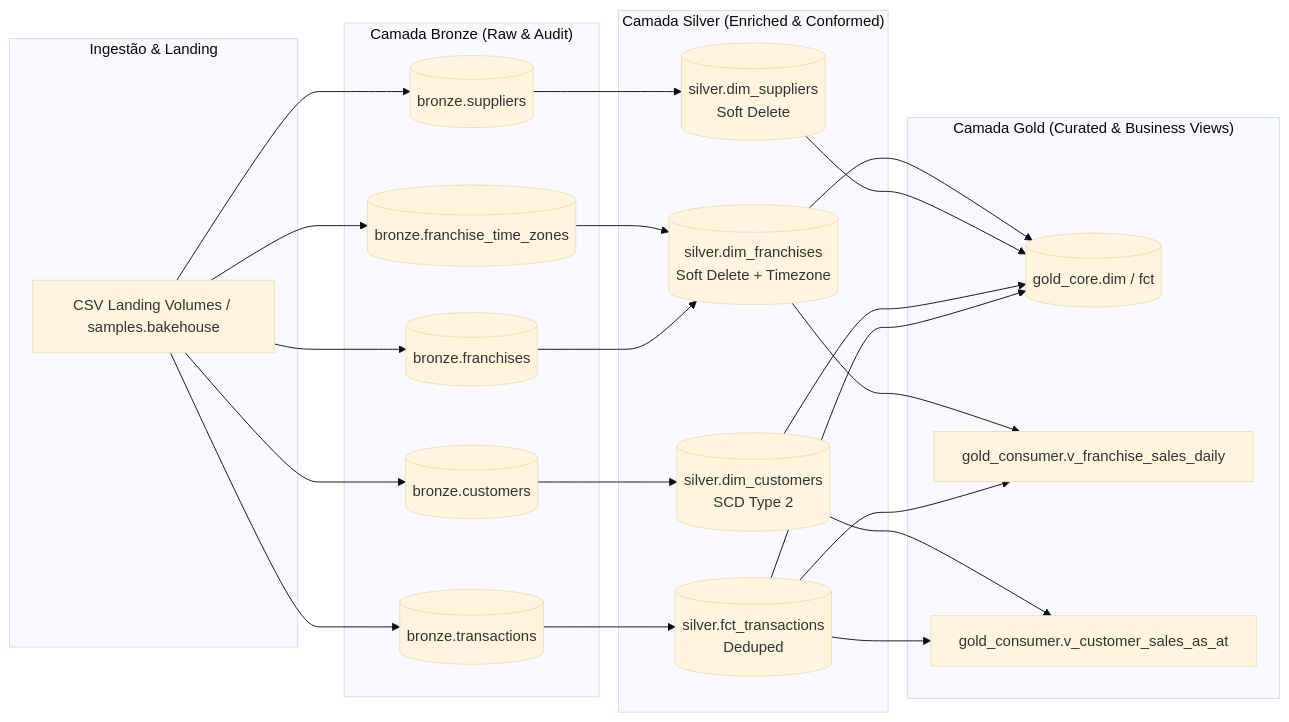
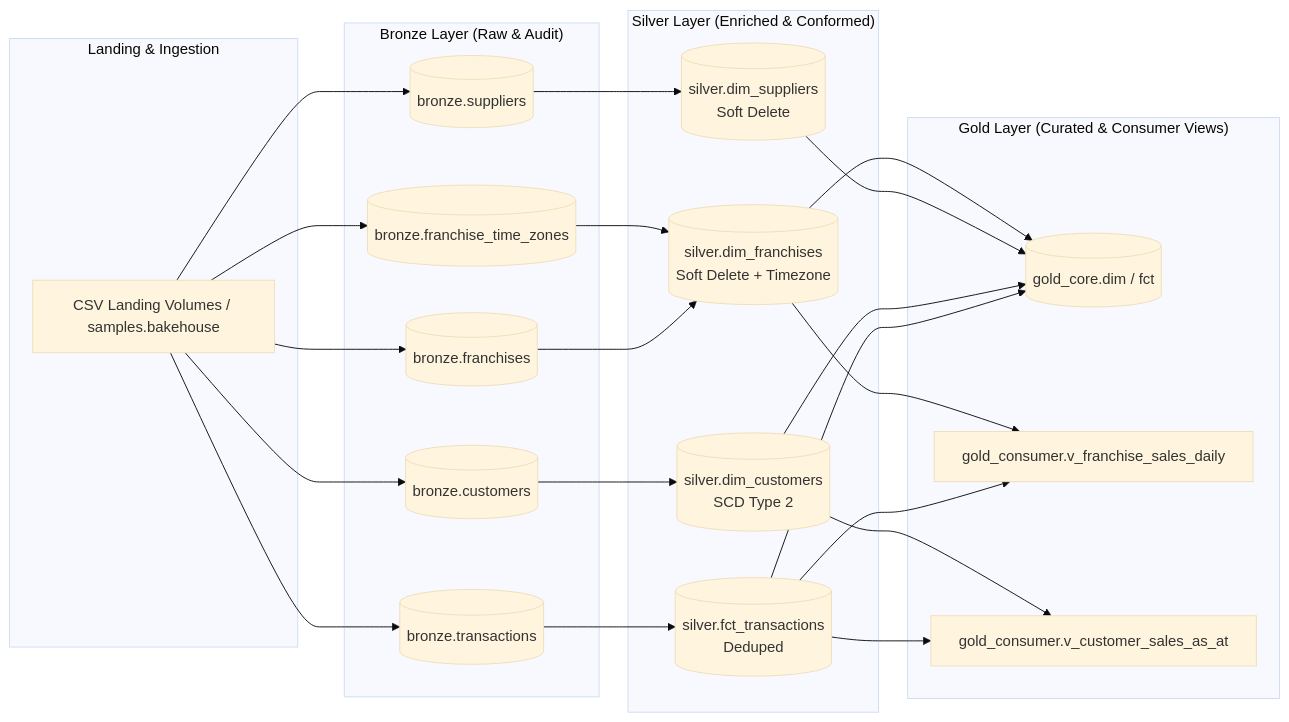
Before and after one commit to Shavrau/databricks-lakehouse-build: the diagram in README.md, drawn with Mermaid (base theme). The commit also changed other lines of this file, not shown here.

````diff
--- a/README.md
+++ b/README.md
@@ -22,36 +24,36 @@
 ```mermaid
 flowchart LR
-    subgraph Ingestion [" Ingestão & Landing "]
+    subgraph Ingestion [" Landing & Ingestion "]
         L[CSV Landing Volumes / samples.bakehouse]
     end
 
-    subgraph Bronze [" Camada Bronze (Raw & Audit) "]
+    subgraph Bronze [" Bronze Layer (Raw & Audit) "]
         B1[(bronze.transactions)]
         B2[(bronze.customers)]
         B3[(bronze.suppliers)]
         B4[(bronze.franchises)]
         B5[(bronze.franchise_time_zones)]
     end
 
-    subgraph Silver [" Camada Silver (Enriched & Conformed) "]
+    subgraph Silver [" Silver Layer (Enriched & Conformed) "]
         S1[(silver.fct_transactions<br/>Deduped)]
         S2[(silver.dim_customers<br/>SCD Type 2)]
         S3[(silver.dim_suppliers<br/>Soft Delete)]
         S4[(silver.dim_franchises<br/>Soft Delete + Timezone)]
     end
 
-    subgraph Gold [" Camada Gold (Curated & Business Views) "]
+    subgraph Gold [" Gold Layer (Curated & Consumer Views) "]
         G1[(gold_core.dim / fct)]
         G2[gold_consumer.v_franchise_sales_daily]
         G3[gold_consumer.v_customer_sales_as_at]
     end
 
     L --> B1 & B2 & B3 & B4 & B5
     B1 --> S1
     B2 --> S2
     B3 --> S3
     B4 & B5 --> S4
     S1 & S4 --> G2
     S1 & S2 --> G3
     S1 & S2 & S3 & S4 --> G1
 ```
````
